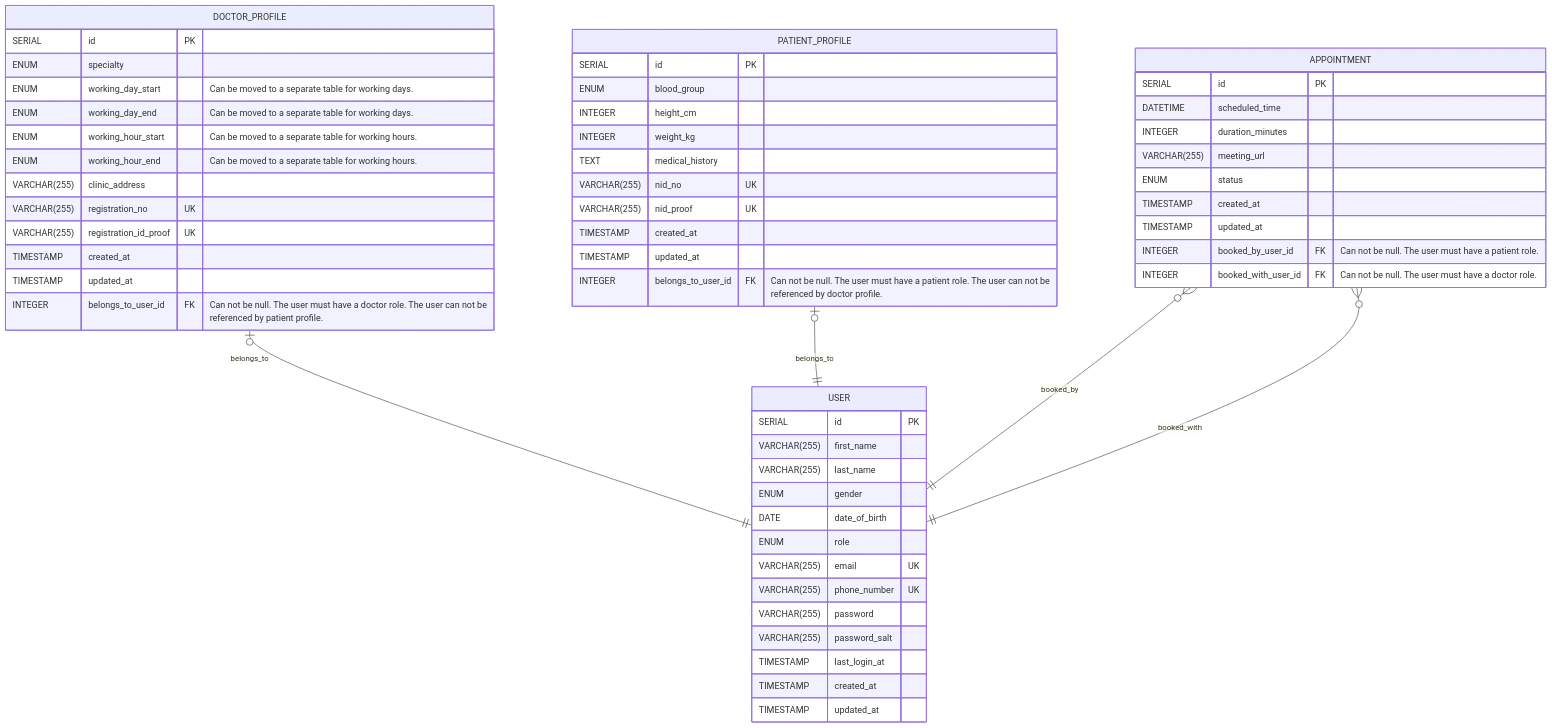
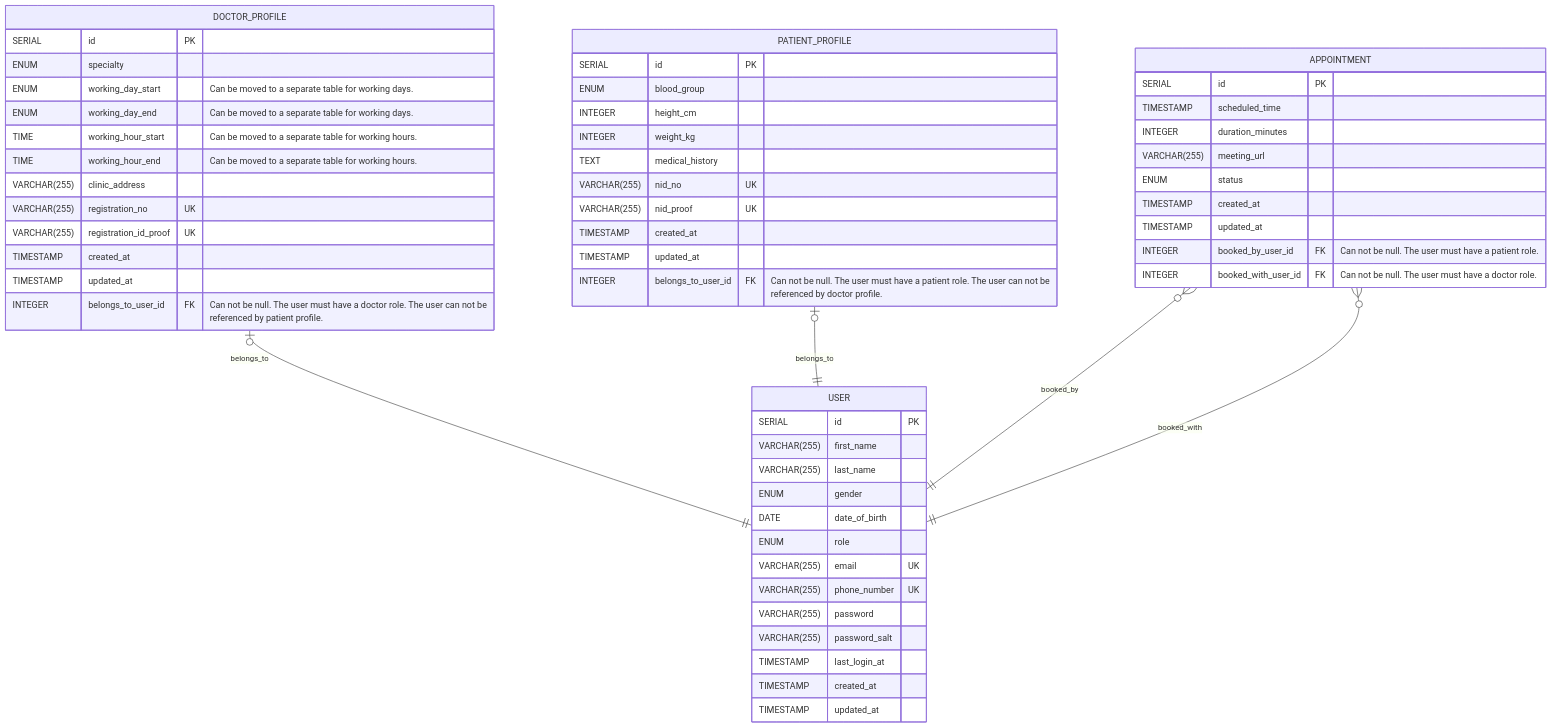
The diagram in docs/er_diagram.md (was-wtag/medical-appointment-scheduler), drawn with Mermaid before and after one commit. The commit also changed 2 other files, not shown here.

Commit message:
Update design docs
- Update er and use case diagrams
- Add class diagram

````diff
--- a/docs/er_diagram.md
+++ b/docs/er_diagram.md
@@ -1,67 +1,67 @@
 ```mermaid
 erDiagram
     USER {
         SERIAL id PK
         VARCHAR(255) first_name
         VARCHAR(255) last_name
         ENUM gender
         DATE date_of_birth
         ENUM role
         VARCHAR(255) email UK
         VARCHAR(255) phone_number UK
         VARCHAR(255) password
         VARCHAR(255) password_salt
         TIMESTAMP last_login_at
         TIMESTAMP created_at
         TIMESTAMP updated_at
     }
     
     DOCTOR_PROFILE {
         %% Working day and hour can possibly be a separate table
         %% For now, it is assumed that all doctors have consecutive working day with fixed working hours
         SERIAL id PK
         ENUM specialty
         ENUM working_day_start "Can be moved to a separate table for working days."
         ENUM working_day_end "Can be moved to a separate table for working days."
-        ENUM working_hour_start "Can be moved to a separate table for working hours."
-        ENUM working_hour_end "Can be moved to a separate table for working hours."
+        TIME working_hour_start "Can be moved to a separate table for working hours."
+        TIME working_hour_end "Can be moved to a separate table for working hours."
         VARCHAR(255) clinic_address
         VARCHAR(255) registration_no UK
         VARCHAR(255) registration_id_proof UK
         TIMESTAMP created_at
         TIMESTAMP updated_at
         INTEGER belongs_to_user_id FK "Can not be null. The user must have a doctor role. The user can not be 
         referenced by patient profile."
     }
     
     PATIENT_PROFILE {
         SERIAL id PK
         ENUM blood_group
         INTEGER height_cm
         INTEGER weight_kg
         TEXT medical_history
         VARCHAR(255) nid_no UK
         VARCHAR(255) nid_proof UK
         TIMESTAMP created_at
         TIMESTAMP updated_at
         INTEGER belongs_to_user_id FK "Can not be null. The user must have a patient role. The user can not be 
         referenced by doctor profile."
     }
     
     APPOINTMENT {
         SERIAL id PK
-        DATETIME scheduled_time
+        TIMESTAMP scheduled_time
         INTEGER duration_minutes
         VARCHAR(255) meeting_url
         ENUM status
         TIMESTAMP created_at
         TIMESTAMP updated_at
         INTEGER booked_by_user_id FK "Can not be null. The user must have a patient role."
         INTEGER booked_with_user_id FK "Can not be null. The user must have a doctor role."
     }
     
     DOCTOR_PROFILE |o--|| USER : "belongs_to"
     PATIENT_PROFILE |o--|| USER : "belongs_to"
     APPOINTMENT }o--|| USER : "booked_by"
     APPOINTMENT }o--|| USER : "booked_with"
 ```
````
